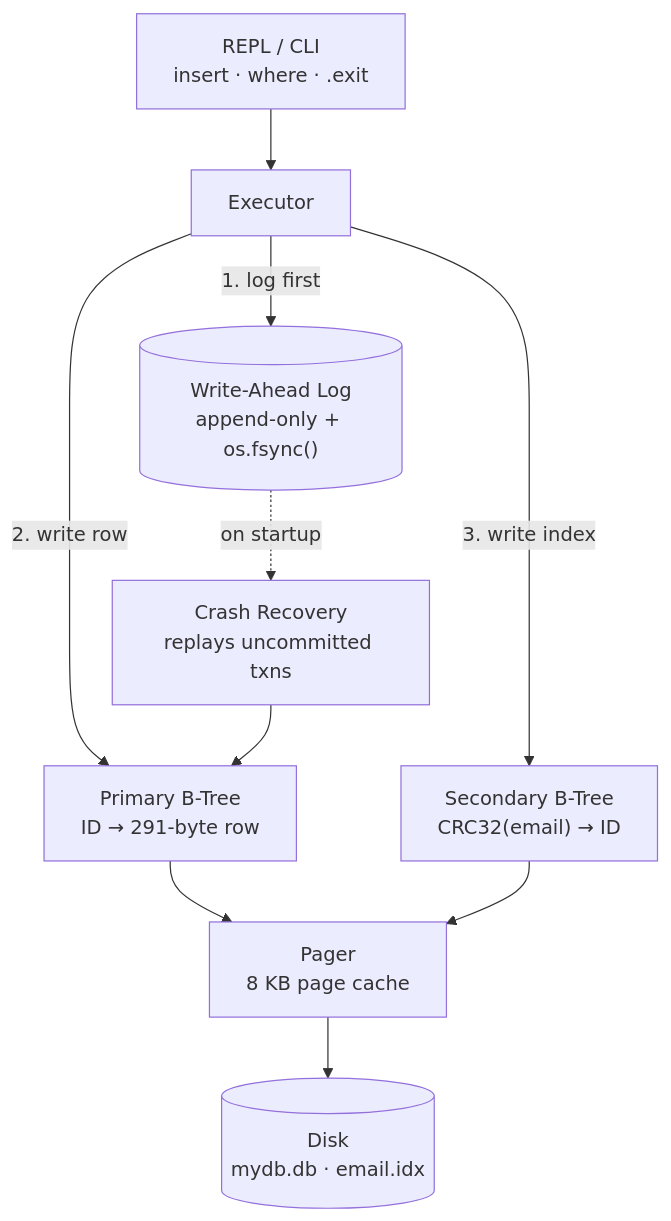
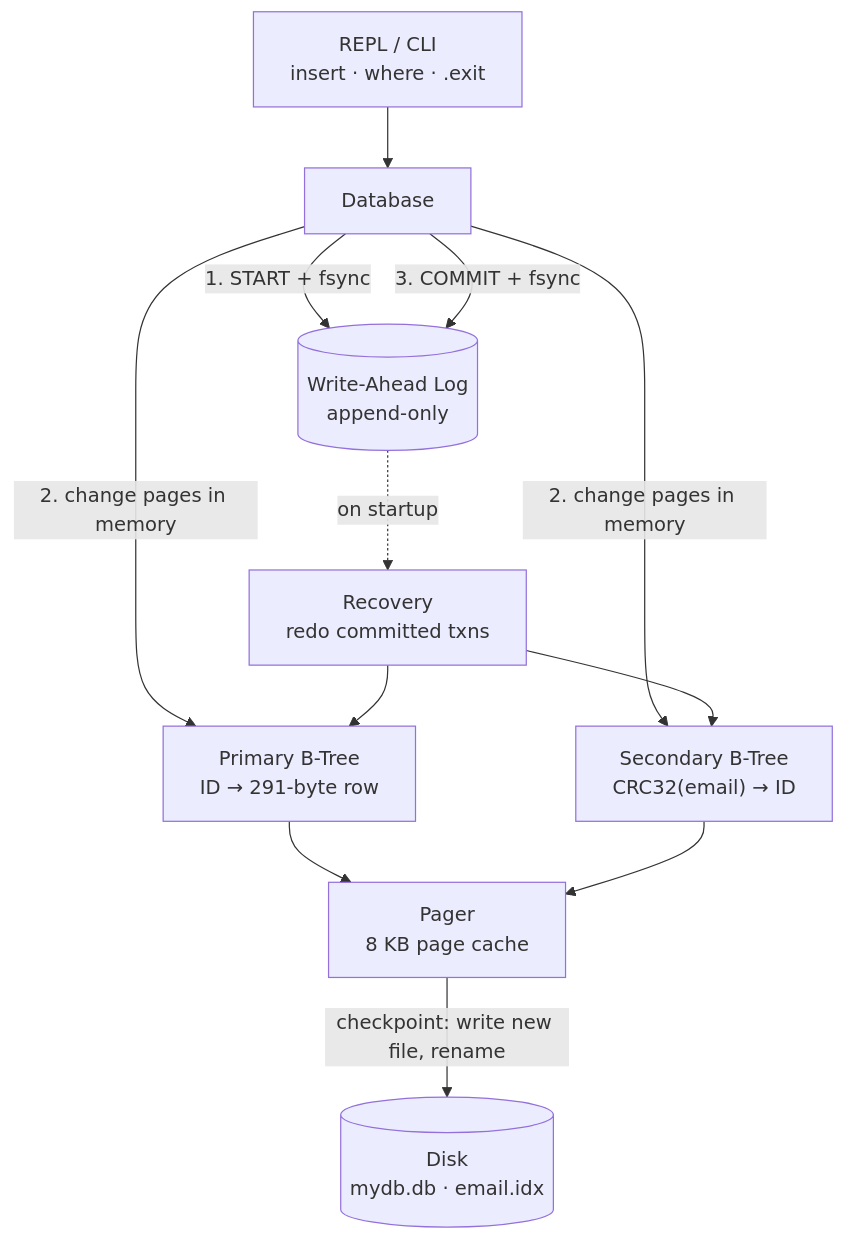
The diagram in README.md (AnirudhChandan/PyDB), drawn with Mermaid before and after one commit. The commit also changed other lines of this file and 2 other files, not shown here.

````diff
--- a/README.md
+++ b/README.md
@@ -26,12 +27,14 @@
 ```mermaid
 flowchart TD
-    CLI["REPL / CLI<br/>insert · where · .exit"] --> EX["Executor"]
-    EX -->|1. log first| WAL[("Write-Ahead Log<br/>append-only + os.fsync()")]
-    EX -->|2. write row| PRI["Primary B-Tree<br/>ID → 291-byte row"]
-    EX -->|3. write index| SEC["Secondary B-Tree<br/>CRC32(email) → ID"]
+    CLI["REPL / CLI<br/>insert · where · .exit"] --> DB["Database"]
+    DB -->|1. START + fsync| WAL[("Write-Ahead Log<br/>append-only")]
+    DB -->|2. change pages in memory| PRI["Primary B-Tree<br/>ID → 291-byte row"]
+    DB -->|2. change pages in memory| SEC["Secondary B-Tree<br/>CRC32(email) → ID"]
+    DB -->|3. COMMIT + fsync| WAL
     PRI --> PG["Pager<br/>8 KB page cache"]
     SEC --> PG
-    PG --> DISK[("Disk<br/>mydb.db · email.idx")]
-    WAL -.->|on startup| REC["Crash Recovery<br/>replays uncommitted txns"]
+    PG -->|checkpoint: write new file, rename| DISK[("Disk<br/>mydb.db · email.idx")]
+    WAL -.->|on startup| REC["Recovery<br/>redo committed txns"]
     REC --> PRI
+    REC --> SEC
 ```
````
